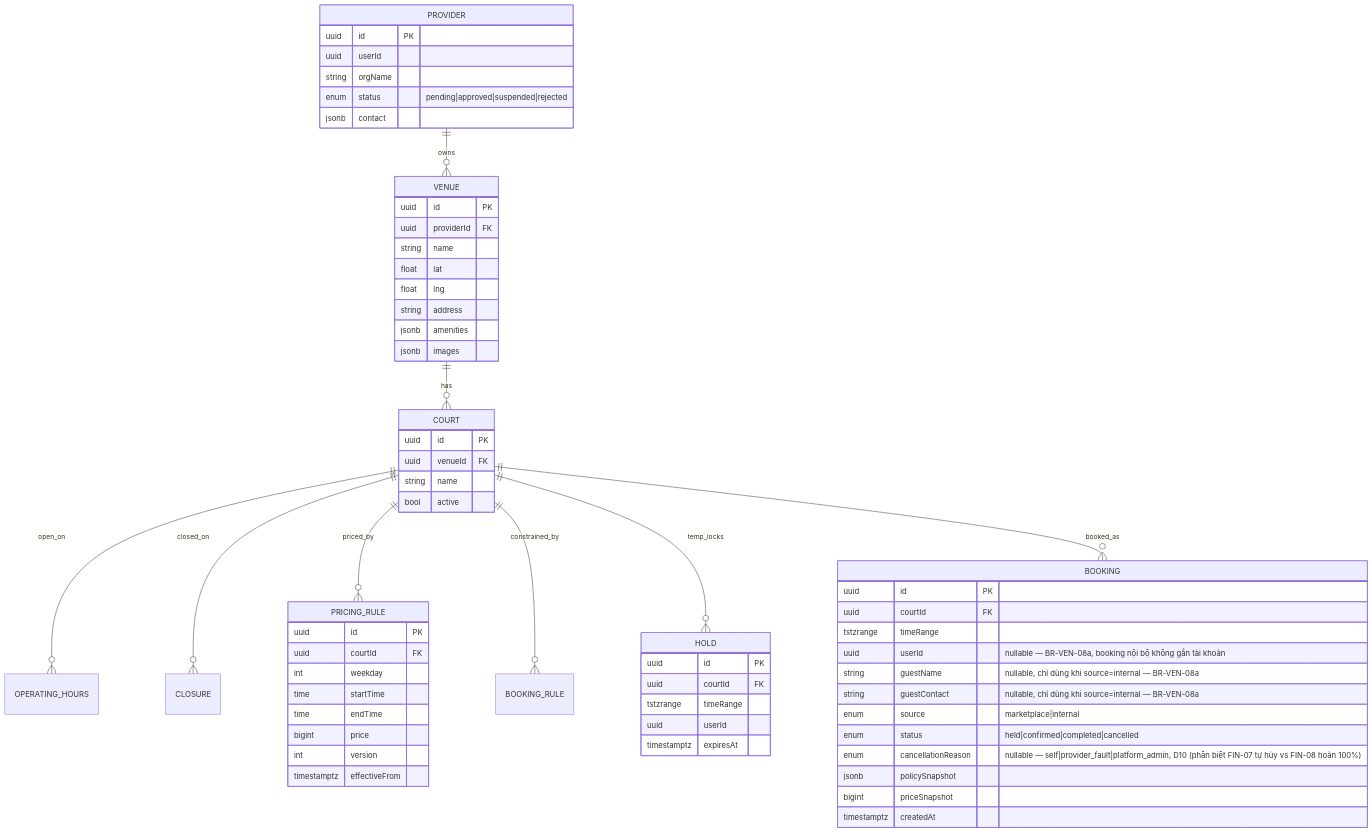
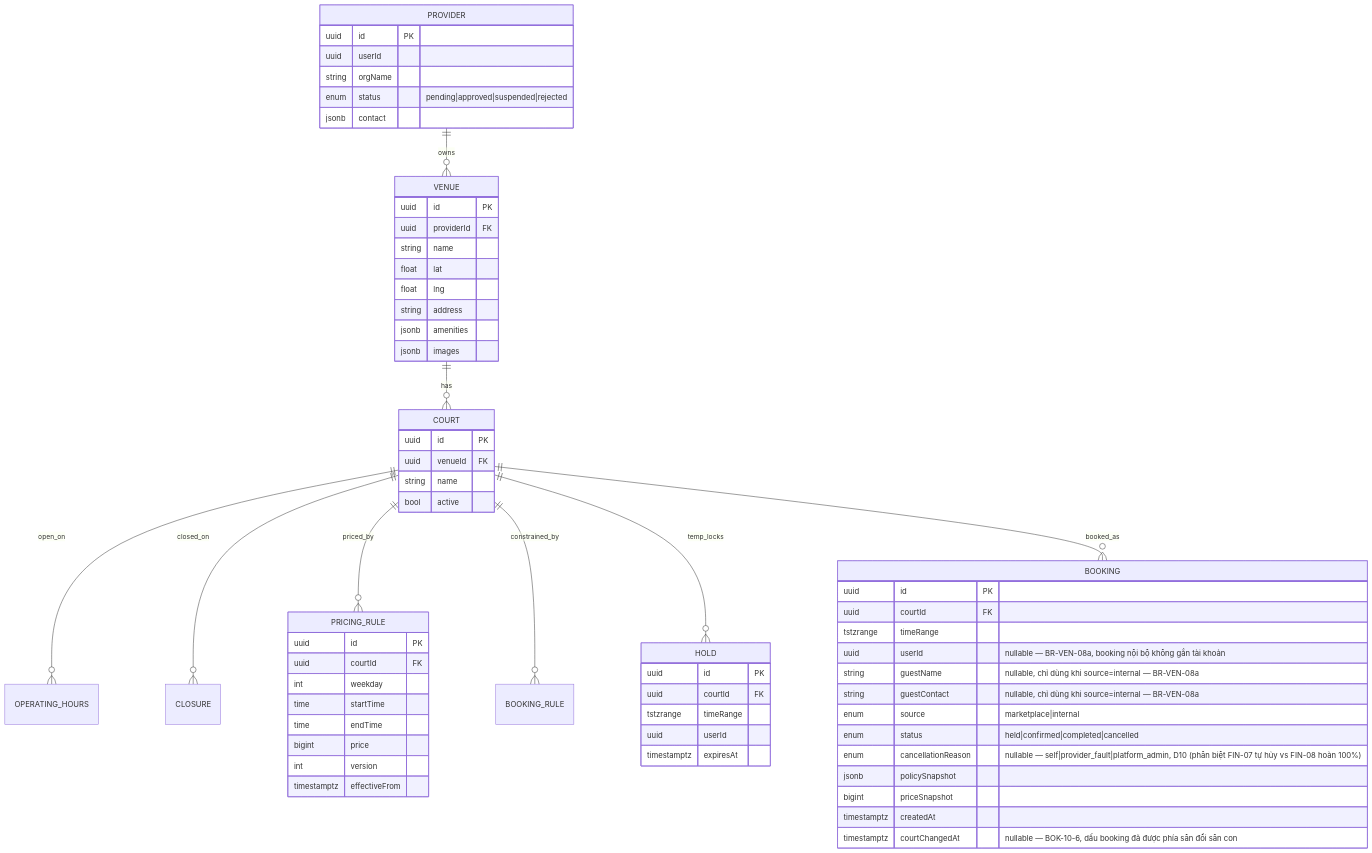
The second of 9 diagrams in docs/architecture/data-model.md (t-anh1007/Badminton-Platform), drawn with Mermaid before and after one commit. The commit also changed 24 other files, not shown here.

````diff
--- a/docs/architecture/data-model.md
+++ b/docs/architecture/data-model.md
@@ -70,66 +70,67 @@
 ```mermaid
 erDiagram
     PROVIDER ||--o{ VENUE : owns
     VENUE ||--o{ COURT : has
     COURT ||--o{ OPERATING_HOURS : open_on
     COURT ||--o{ CLOSURE : closed_on
     COURT ||--o{ PRICING_RULE : priced_by
     COURT ||--o{ BOOKING_RULE : constrained_by
     COURT ||--o{ HOLD : temp_locks
     COURT ||--o{ BOOKING : booked_as
 
     PROVIDER {
         uuid id PK
         uuid userId
         string orgName
         enum status "pending|approved|suspended|rejected"
         jsonb contact
     }
     VENUE {
         uuid id PK
         uuid providerId FK
         string name
         float lat
         float lng
         string address
         jsonb amenities
         jsonb images
     }
     COURT {
         uuid id PK
         uuid venueId FK
         string name
         bool active
     }
     PRICING_RULE {
         uuid id PK
         uuid courtId FK
         int weekday
         time startTime
         time endTime
         bigint price
         int version
         timestamptz effectiveFrom
     }
     HOLD {
         uuid id PK
         uuid courtId FK
         tstzrange timeRange
         uuid userId
         timestamptz expiresAt
     }
     BOOKING {
         uuid id PK
         uuid courtId FK
         tstzrange timeRange
         uuid userId "nullable — BR-VEN-08a, booking nội bộ không gắn tài khoản"
         string guestName "nullable, chỉ dùng khi source=internal — BR-VEN-08a"
         string guestContact "nullable, chỉ dùng khi source=internal — BR-VEN-08a"
         enum source "marketplace|internal"
         enum status "held|confirmed|completed|cancelled"
         enum cancellationReason "nullable — self|provider_fault|platform_admin, D10 (phân biệt FIN-07 tự hủy vs FIN-08 hoàn 100%)"
         jsonb policySnapshot
         bigint priceSnapshot
         timestamptz createdAt
+        timestamptz courtChangedAt "nullable — BOK-10-6, dấu booking đã được phía sân đổi sân con"
     }
 ```
````
